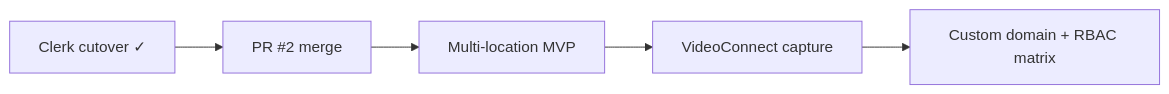
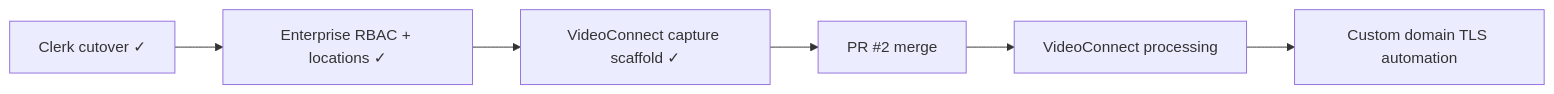
The diagram in docs/PHASE_5_ROADMAP.md (contractorcomplianceco-cmyk/bidintelligenceos), drawn with Mermaid before and after one commit. The commit also changed other lines of this file and 1 other file, not shown here.

First line of the commit message:
docs: update Phase 5 roadmap and product contract

````diff
--- a/docs/PHASE_5_ROADMAP.md
+++ b/docs/PHASE_5_ROADMAP.md
@@ -92,7 +92,8 @@
 ```mermaid
 flowchart LR
-  A[Clerk cutover ✓] --> B[PR #2 merge]
-  B --> C[Multi-location MVP]
-  C --> D[VideoConnect capture]
-  D --> E[Custom domain + RBAC matrix]
+  A[Clerk cutover ✓] --> B[Enterprise RBAC + locations ✓]
+  B --> C[VideoConnect capture scaffold ✓]
+  C --> D[PR #2 merge]
+  D --> E[VideoConnect processing]
+  E --> F[Custom domain TLS automation]
 ```
````
